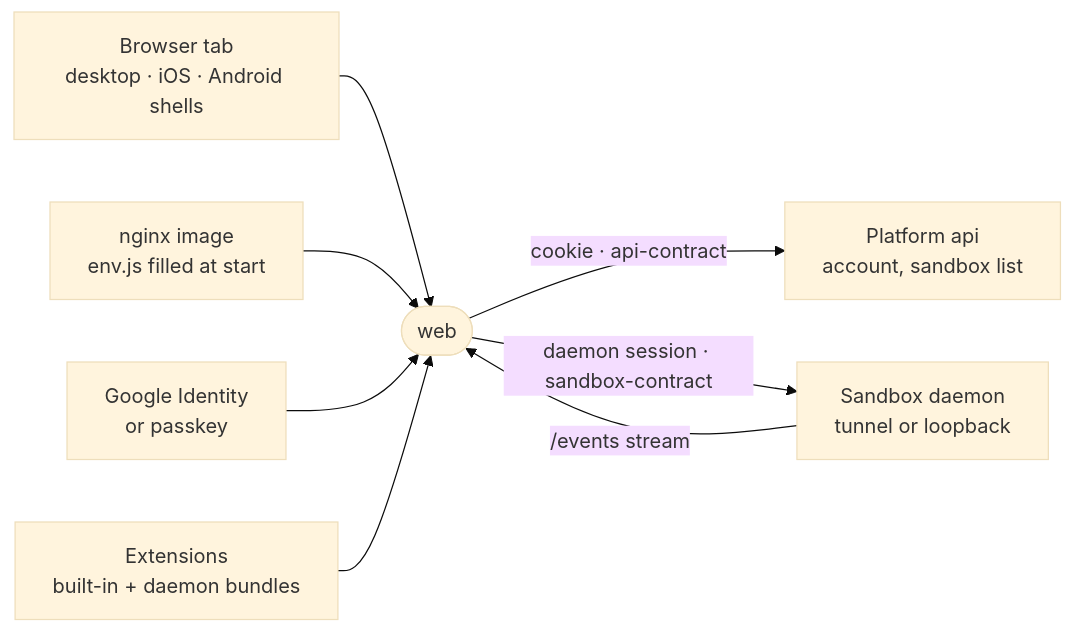
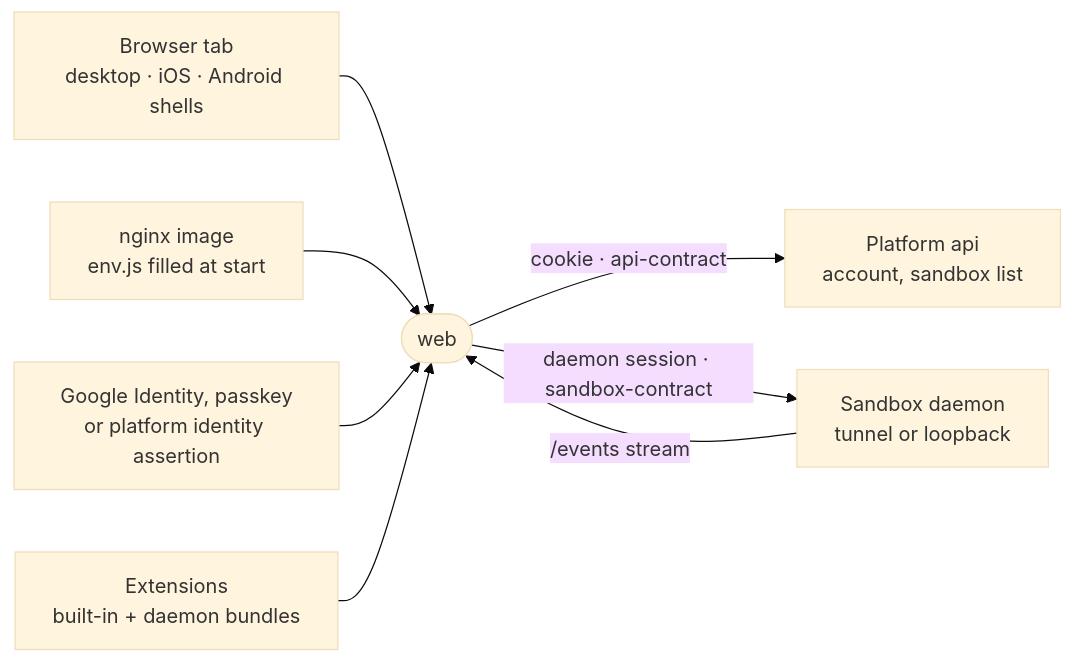
Before and after one commit to intentic/intentic: the diagram in _editor/web/README.md, drawn with Mermaid (base theme). The commit also changed other lines of this file and 166 other files, not shown here.

First line of the commit message:
feat(auth): add email sign-in with EmailCodeSignIn, sign-in, and identity-assertion

````diff
--- a/_editor/web/README.md
+++ b/_editor/web/README.md
@@ -5,10 +5,10 @@
 ```mermaid
 flowchart LR
     shells["Browser tab<br/>desktop · iOS · Android shells"] --> web(["web"])
     nginx["nginx image<br/>env.js filled at start"] --> web
     web -->|"cookie · api-contract"| api["Platform api<br/>account, sandbox list"]
-    google["Google Identity<br/>or passkey"] --> web
+    google["Google Identity, passkey<br/>or platform identity assertion"] --> web
     web -->|"daemon session · sandbox-contract"| daemon["Sandbox daemon<br/>tunnel or loopback"]
     daemon -->|"/events stream"| web
     ext["Extensions<br/>built-in + daemon bundles"] --> web
 ```
````
